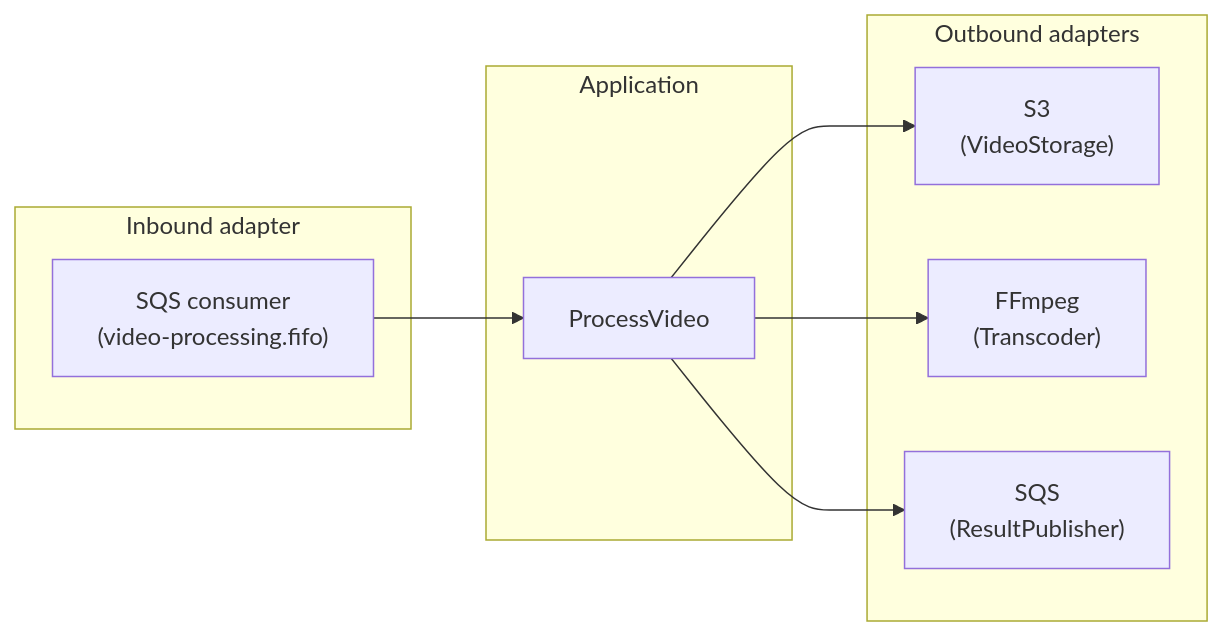
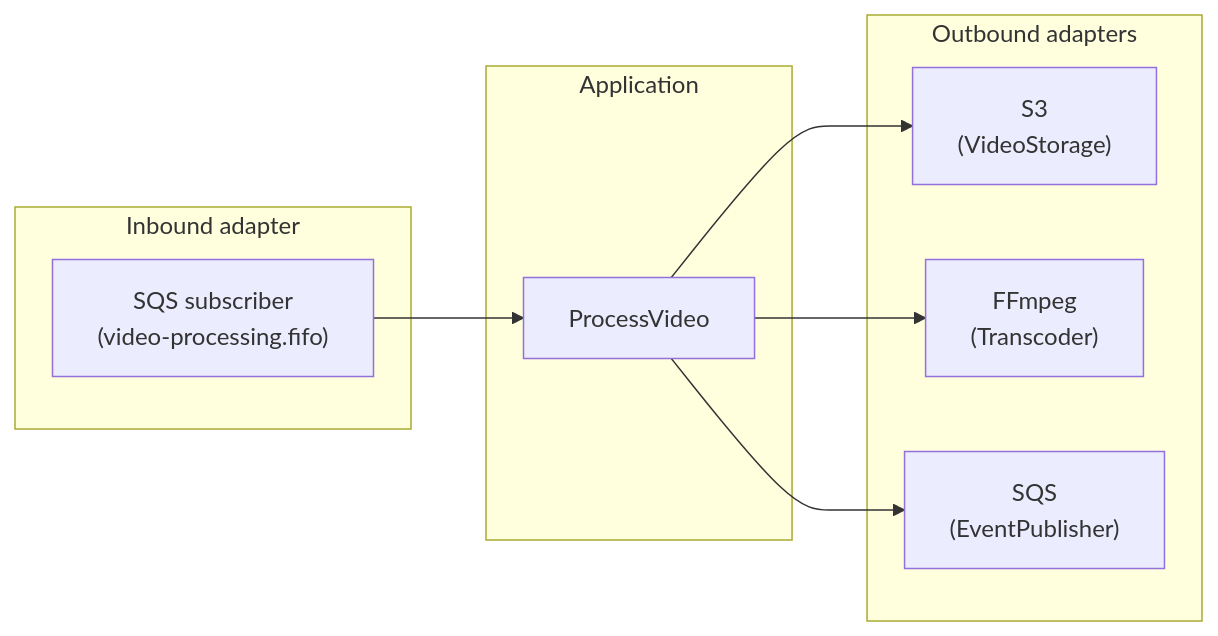
Before and after one commit to lregnier/design-youtube: the first of 2 diagrams in backend/worker/README.md, drawn with Mermaid. The commit also changed other lines of this file and 7 other files, not shown here.

First line of the commit message:
sync README diagrams with current architecture

````diff
--- a/backend/worker/README.md
+++ b/backend/worker/README.md
@@ -9,21 +9,21 @@
 ```mermaid
 graph LR
     subgraph Inbound["Inbound adapter"]
-        SQSIn["SQS consumer\n(video-processing.fifo)"]
+        SQSIn["SQS subscriber\n(video-processing.fifo)"]
     end
 
     subgraph App["Application"]
         PV["ProcessVideo"]
     end
 
     subgraph Outbound["Outbound adapters"]
         S3["S3\n(VideoStorage)"]
         FFmpeg["FFmpeg\n(Transcoder)"]
-        SQSOut["SQS\n(ResultPublisher)"]
+        SQSOut["SQS\n(EventPublisher)"]
     end
 
     SQSIn --> PV
     PV --> S3
     PV --> FFmpeg
     PV --> SQSOut
 ```
````
